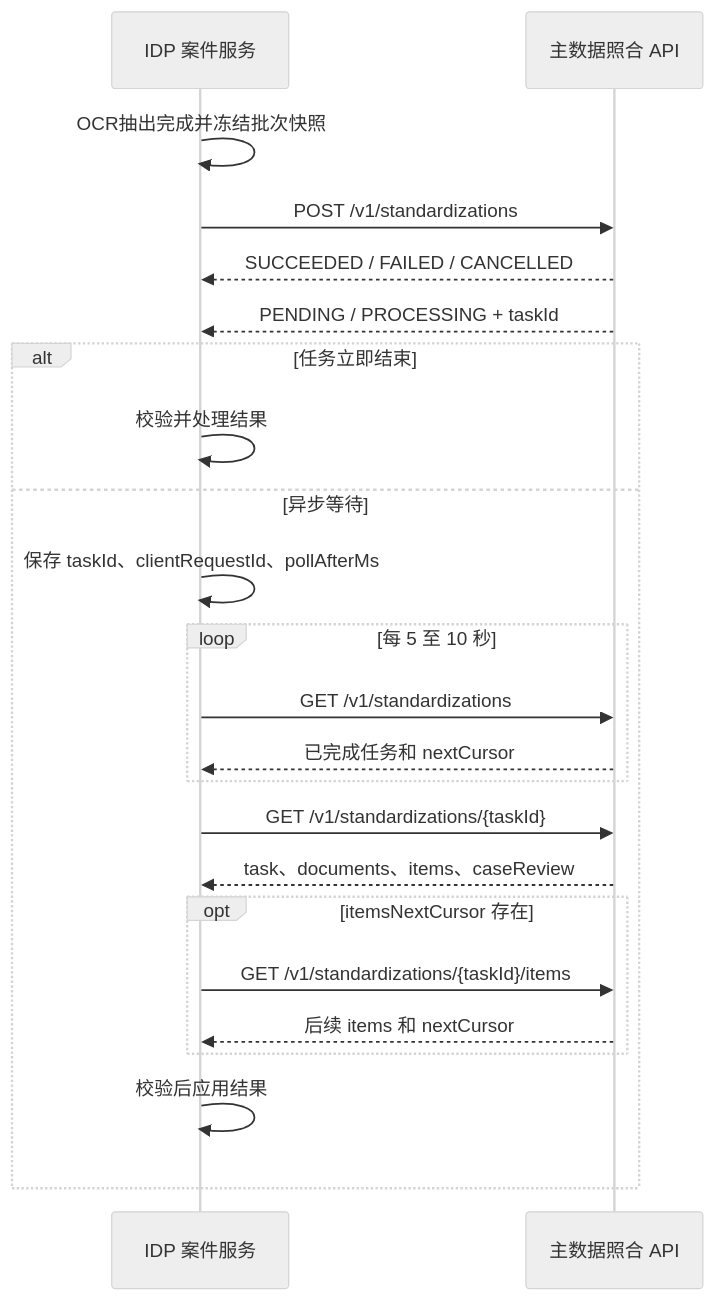
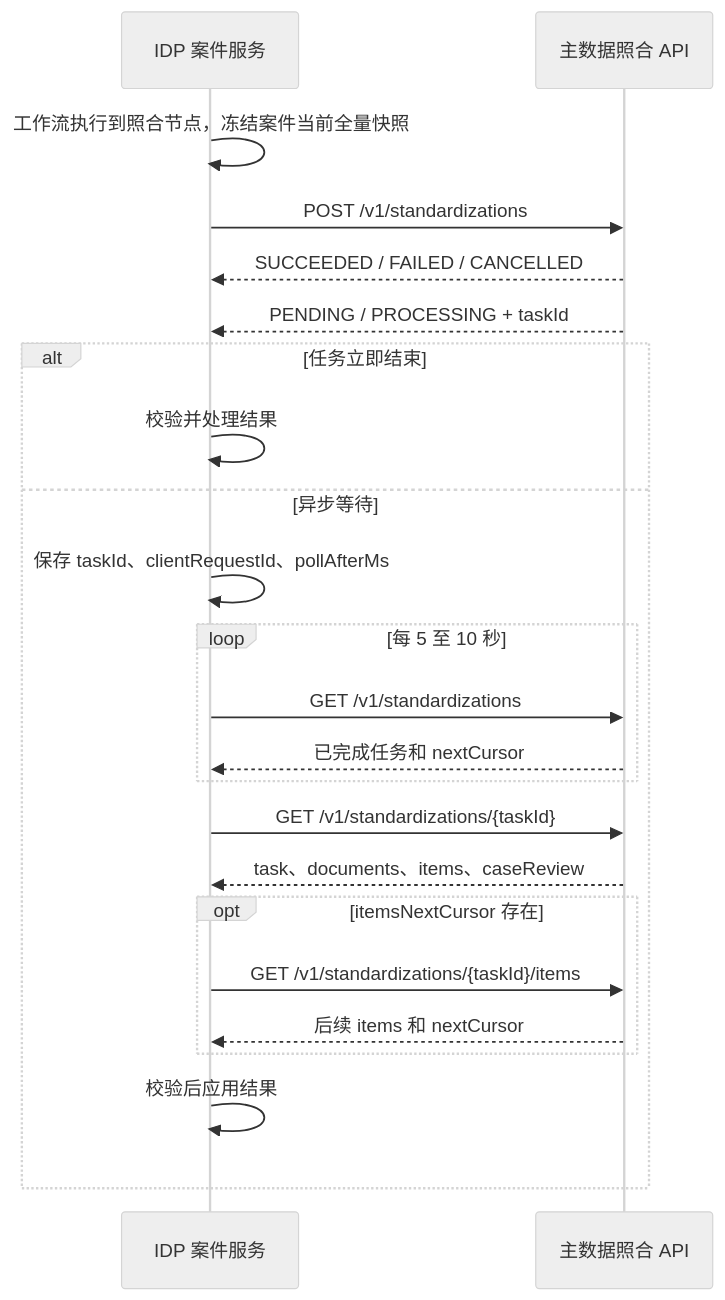
The sixth of 9 diagrams in PRD-四期-主数据照合.md (aruirage/IDP-Ph4-Master-Demo-PRD), drawn with Mermaid (neutral theme) before and after one commit. The commit also changed other lines of this file and 24 other files, not shown here.

````diff
--- a/PRD-四期-主数据照合.md
+++ b/PRD-四期-主数据照合.md
@@ -1209,25 +1087,25 @@
 ```mermaid
 sequenceDiagram
     participant IDP as IDP 案件服务
     participant API as 主数据照合 API
-    IDP->>IDP: OCR抽出完成并冻结批次快照
+    IDP->>IDP: 工作流执行到照合节点，冻结案件当前全量快照
     IDP->>API: POST /v1/standardizations
     API-->>IDP: SUCCEEDED / FAILED / CANCELLED
     API-->>IDP: PENDING / PROCESSING + taskId
     alt 任务立即结束
         IDP->>IDP: 校验并处理结果
     else 异步等待
         IDP->>IDP: 保存 taskId、clientRequestId、pollAfterMs
         loop 每 5 至 10 秒
             IDP->>API: GET /v1/standardizations
             API-->>IDP: 已完成任务和 nextCursor
         end
         IDP->>API: GET /v1/standardizations/{taskId}
         API-->>IDP: task、documents、items、caseReview
         opt itemsNextCursor 存在
             IDP->>API: GET /v1/standardizations/{taskId}/items
             API-->>IDP: 后续 items 和 nextCursor
         end
         IDP->>IDP: 校验后应用结果
     end
 ```
````
